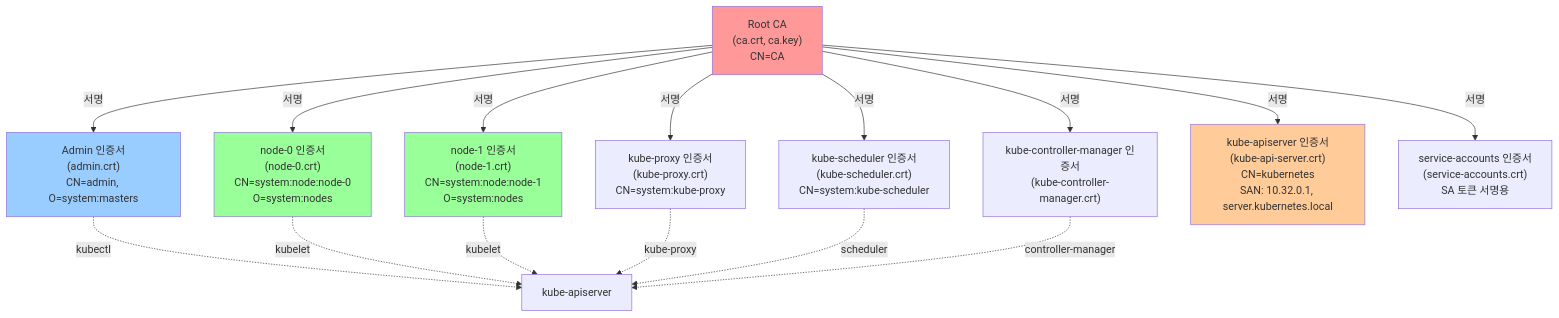
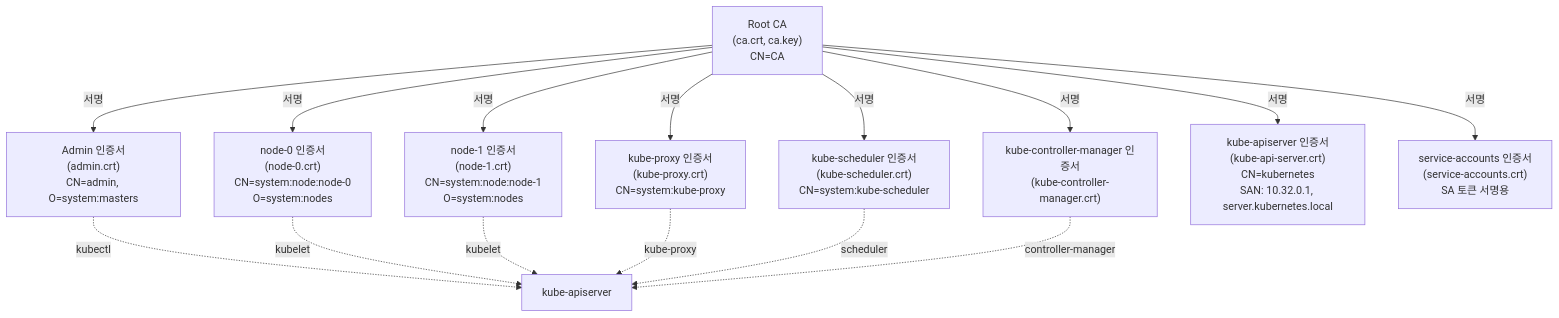
One commit to juwon8891/juwon8891.github.io changed the second of 6 diagrams in docs/k8s-deploy/week1-kubernetes-hard-way.md. Above: the diagram before and after it, drawn with Mermaid. The commit also changed other lines of this file and 18 other files, not shown here.

Commit message:
Remove bright colors from Mermaid diagrams for dark mode compatibility

````diff
--- a/docs/k8s-deploy/week1-kubernetes-hard-way.md
+++ b/docs/k8s-deploy/week1-kubernetes-hard-way.md
@@ -146,26 +142,21 @@
 ```mermaid
 graph TD
     CA["Root CA<br/>(ca.crt, ca.key)<br/>CN=CA"]
 
     CA -->|서명| ADMIN["Admin 인증서<br/>(admin.crt)<br/>CN=admin, O=system:masters"]
     CA -->|서명| NODE0["node-0 인증서<br/>(node-0.crt)<br/>CN=system:node:node-0<br/>O=system:nodes"]
     CA -->|서명| NODE1["node-1 인증서<br/>(node-1.crt)<br/>CN=system:node:node-1<br/>O=system:nodes"]
     CA -->|서명| PROXY["kube-proxy 인증서<br/>(kube-proxy.crt)<br/>CN=system:kube-proxy"]
     CA -->|서명| SCHED["kube-scheduler 인증서<br/>(kube-scheduler.crt)<br/>CN=system:kube-scheduler"]
     CA -->|서명| CM["kube-controller-manager 인증서<br/>(kube-controller-manager.crt)"]
     CA -->|서명| API["kube-apiserver 인증서<br/>(kube-api-server.crt)<br/>CN=kubernetes<br/>SAN: 10.32.0.1, server.kubernetes.local"]
     CA -->|서명| SA["service-accounts 인증서<br/>(service-accounts.crt)<br/>SA 토큰 서명용"]
 
     ADMIN -.->|kubectl| APISERVER["kube-apiserver"]
     NODE0 -.->|kubelet| APISERVER
     NODE1 -.->|kubelet| APISERVER
     PROXY -.->|kube-proxy| APISERVER
     SCHED -.->|scheduler| APISERVER
     CM -.->|controller-manager| APISERVER
 
-    style CA fill:#ff9999
-    style ADMIN fill:#99ccff
-    style NODE0 fill:#99ff99
-    style NODE1 fill:#99ff99
-    style API fill:#ffcc99
 ```
````
